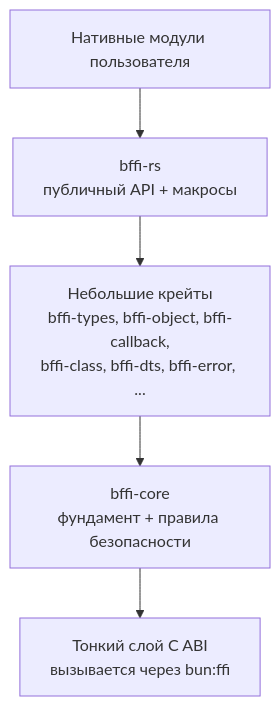
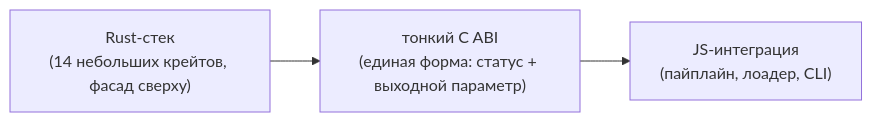
Before and after one commit to DotBlood/bffi-rs: the diagram in docs/i18n/ru/DESIGN.md, drawn with Mermaid. The commit also changed other lines of this file and 17 other files, not shown here.

````diff
--- a/docs/i18n/ru/DESIGN.md
+++ b/docs/i18n/ru/DESIGN.md
@@ -63,10 +31,8 @@
 ```mermaid
-flowchart TB
-    U["Нативные модули пользователя"]
-    F["bffi-rs<br/>публичный API + макросы"]
-    S["Небольшие крейты<br/>bffi-types, bffi-object, bffi-callback,<br/>bffi-class, bffi-dts, bffi-error, ..."]
-    C["bffi-core<br/>фундамент + правила безопасности"]
-    A["Тонкий слой C ABI<br/>вызывается через bun:ffi"]
+flowchart LR
+    R["Rust-стек<br/>(14 небольших крейтов, фасад сверху)"]
+    A["тонкий C ABI<br/>(единая форма: статус + выходной параметр)"]
+    J["JS-интеграция<br/>(пайплайн, лоадер, CLI)"]
 
-    U --> F --> S --> C --> A
+    R --> A --> J
 ```
````
